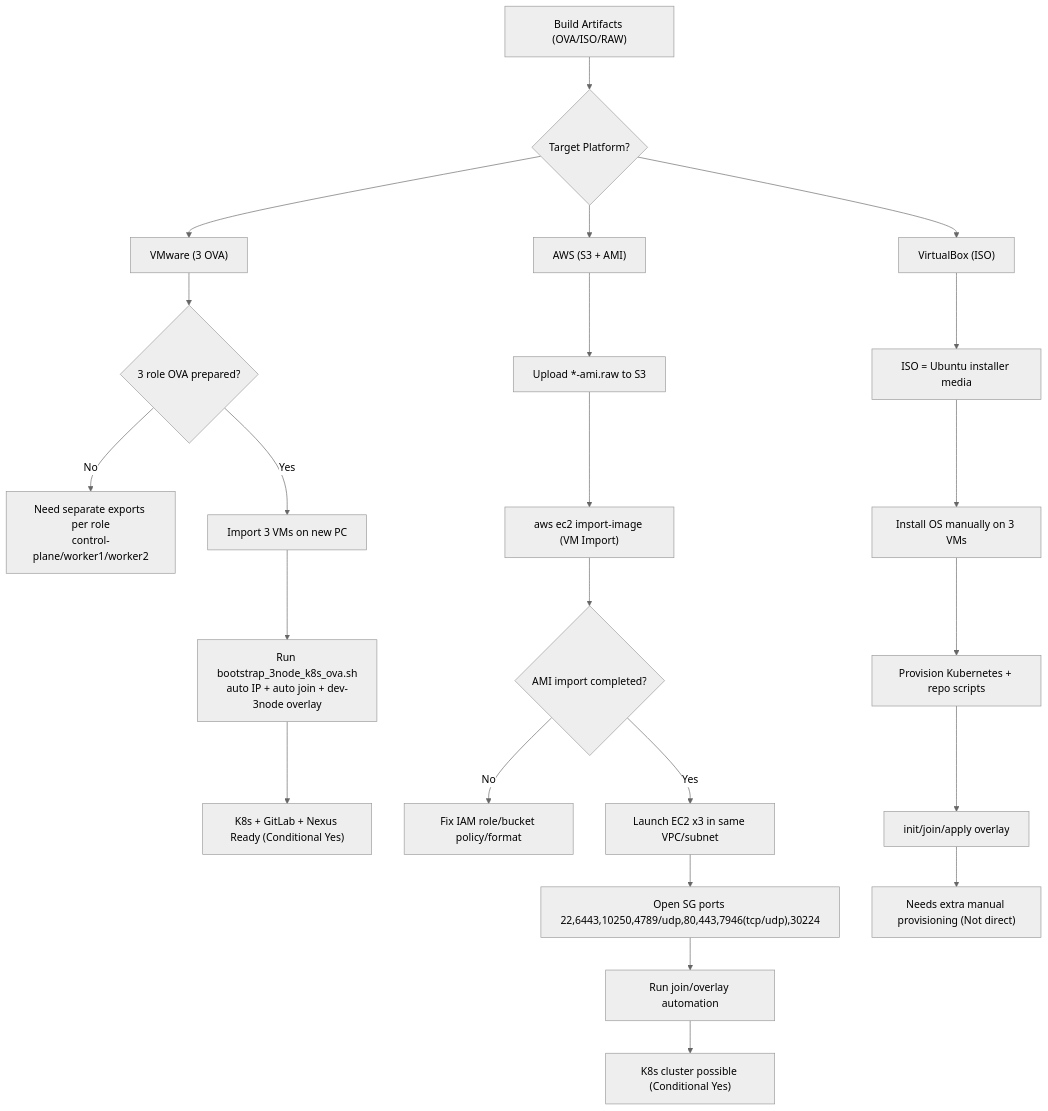
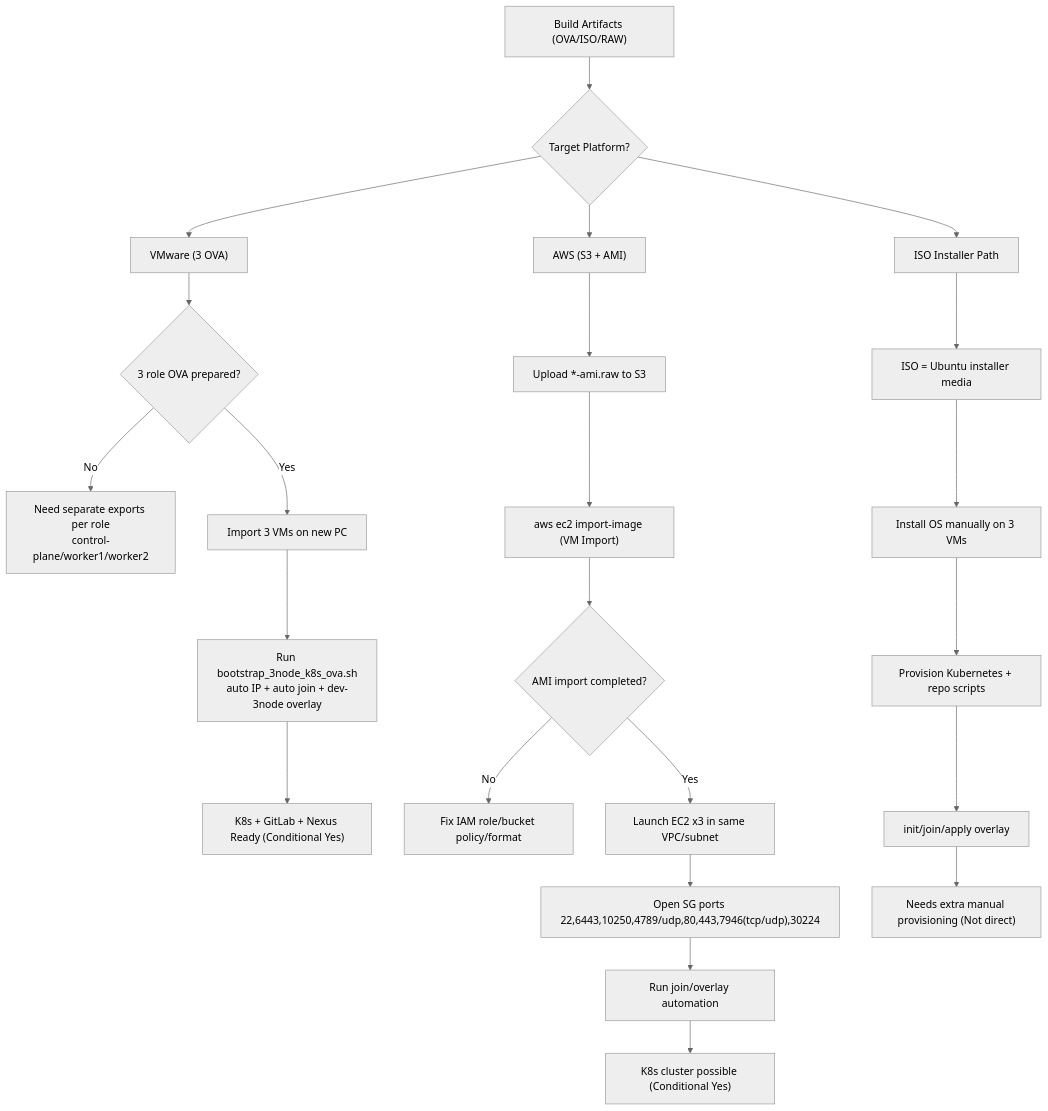
The fourth of 10 diagrams in README.md (edumgt/Kubernetes-Jupyter-Sandbox), drawn with Mermaid (neutral theme) before and after one commit. The commit also changed other lines of this file and 24 other files, not shown here.

````diff
--- a/README.md
+++ b/README.md
@@ -583,29 +581,29 @@
 ```mermaid
 flowchart TD
   A["Build Artifacts (OVA/ISO/RAW)"] --> B{"Target Platform?"}
 
   B --> C["VMware (3 OVA)"]
   B --> D["AWS (S3 + AMI)"]
-  B --> E["VirtualBox (ISO)"]
+  B --> E["ISO Installer Path"]
 
   C --> C1{"3 role OVA prepared?"}
   C1 -->|No| C2["Need separate exports per role<br/>control-plane/worker1/worker2"]
   C1 -->|Yes| C3["Import 3 VMs on new PC"]
   C3 --> C4["Run bootstrap_3node_k8s_ova.sh<br/>auto IP + auto join + dev-3node overlay"]
   C4 --> C5["K8s + GitLab + Nexus Ready (Conditional Yes)"]
 
   D --> D1["Upload *-ami.raw to S3"]
   D1 --> D2["aws ec2 import-image (VM Import)"]
   D2 --> D3{"AMI import completed?"}
   D3 -->|No| D4["Fix IAM role/bucket policy/format"]
   D3 -->|Yes| D5["Launch EC2 x3 in same VPC/subnet"]
   D5 --> D6["Open SG ports 22,6443,10250,4789/udp,80,443,7946(tcp/udp),30224"]
   D6 --> D7["Run join/overlay automation"]
   D7 --> D8["K8s cluster possible (Conditional Yes)"]
 
   E --> E1["ISO = Ubuntu installer media"]
   E1 --> E2["Install OS manually on 3 VMs"]
   E2 --> E3["Provision Kubernetes + repo scripts"]
   E3 --> E4["init/join/apply overlay"]
   E4 --> E5["Needs extra manual provisioning (Not direct)"]
 ```
````
